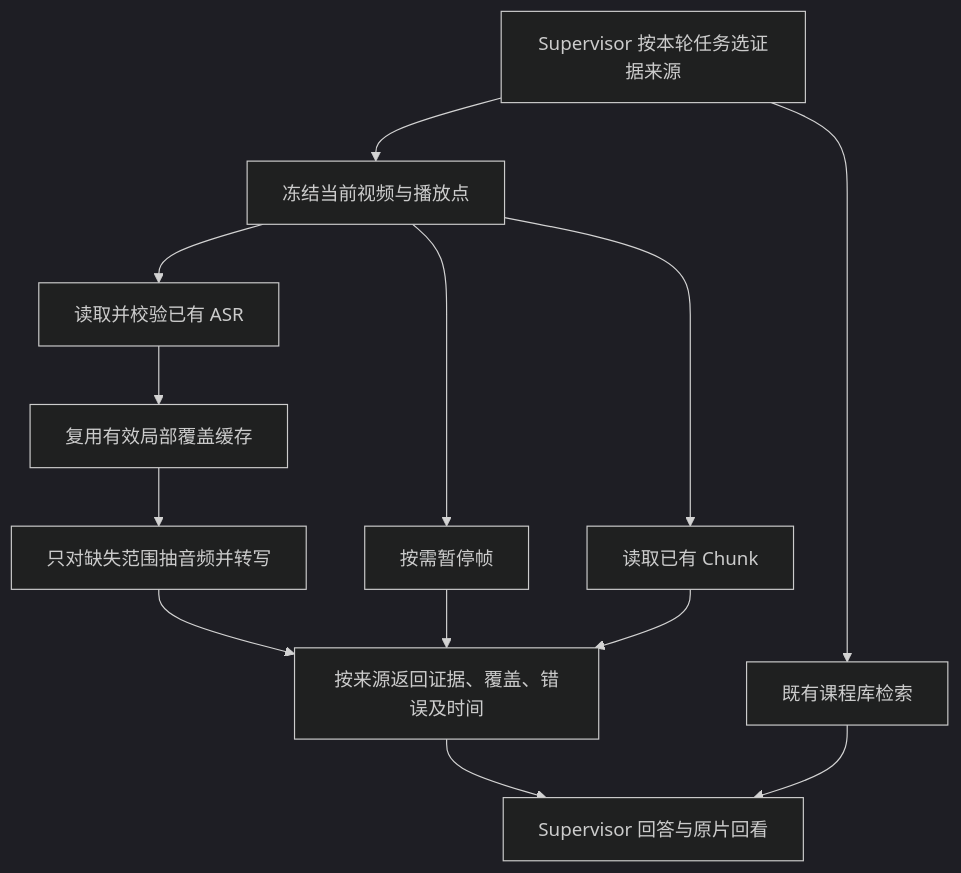
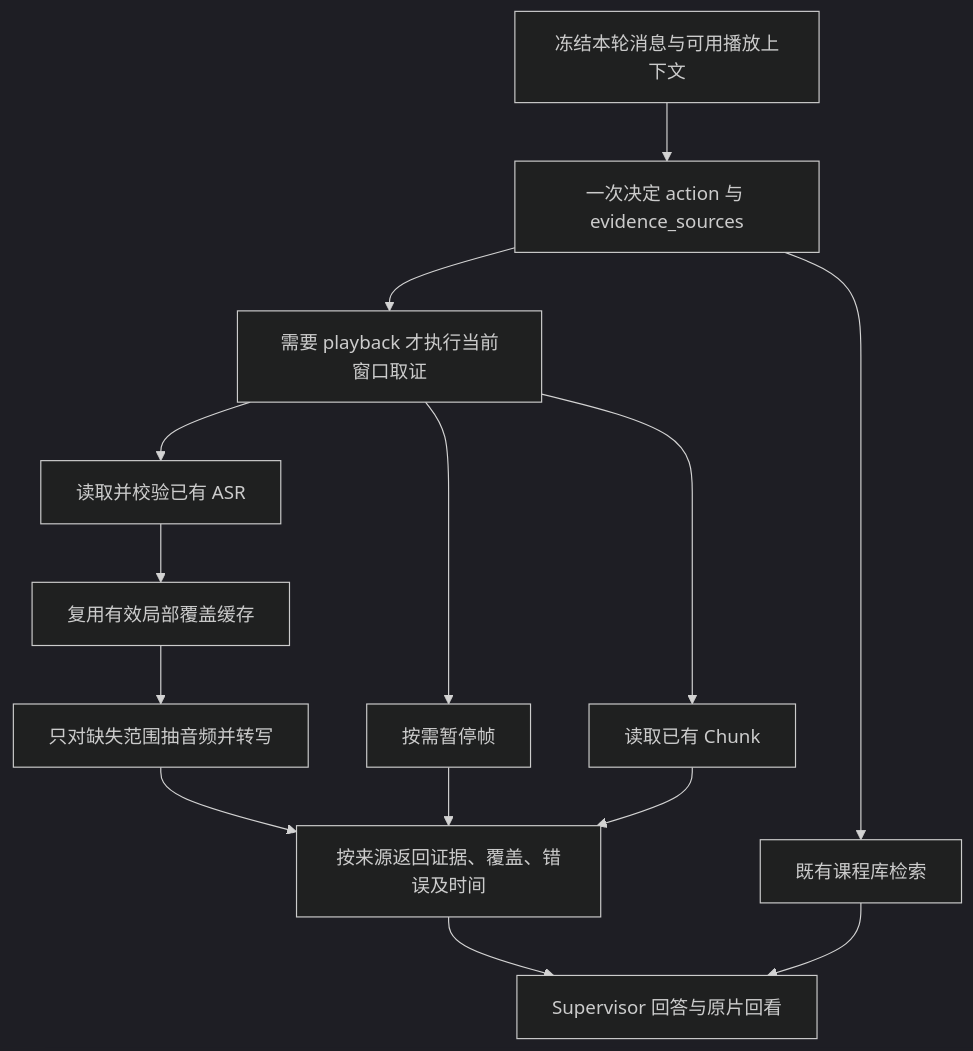
One commit to owariband/Seekino changed the diagram in docs/design/03-product-reassessment/realtime-asr-evidence-trd.md. Above: the diagram before and after it, drawn with Mermaid (dark theme). The commit also changed other lines of this file and 2 other files, not shown here.

````diff
--- a/docs/design/03-product-reassessment/realtime-asr-evidence-trd.md
+++ b/docs/design/03-product-reassessment/realtime-asr-evidence-trd.md
@@ -42,15 +57,16 @@
 ```mermaid
 flowchart TD
-  A[Supervisor 按本轮任务选证据来源] --> B[冻结当前视频与播放点]
+  I[冻结本轮消息与可用播放上下文] --> A[一次决定 action 与 evidence_sources]
+  A --> B[需要 playback 才执行当前窗口取证]
   A --> L[既有课程库检索]
   B --> S[读取并校验已有 ASR]
   S --> C[复用有效局部覆盖缓存]
   C --> M[只对缺失范围抽音频并转写]
   B --> V[按需暂停帧]
   B --> K[读取已有 Chunk]
   M --> R[按来源返回证据、覆盖、错误及时间]
   V --> R
   K --> R
   R --> O[Supervisor 回答与原片回看]
   L --> O
 ```
````
